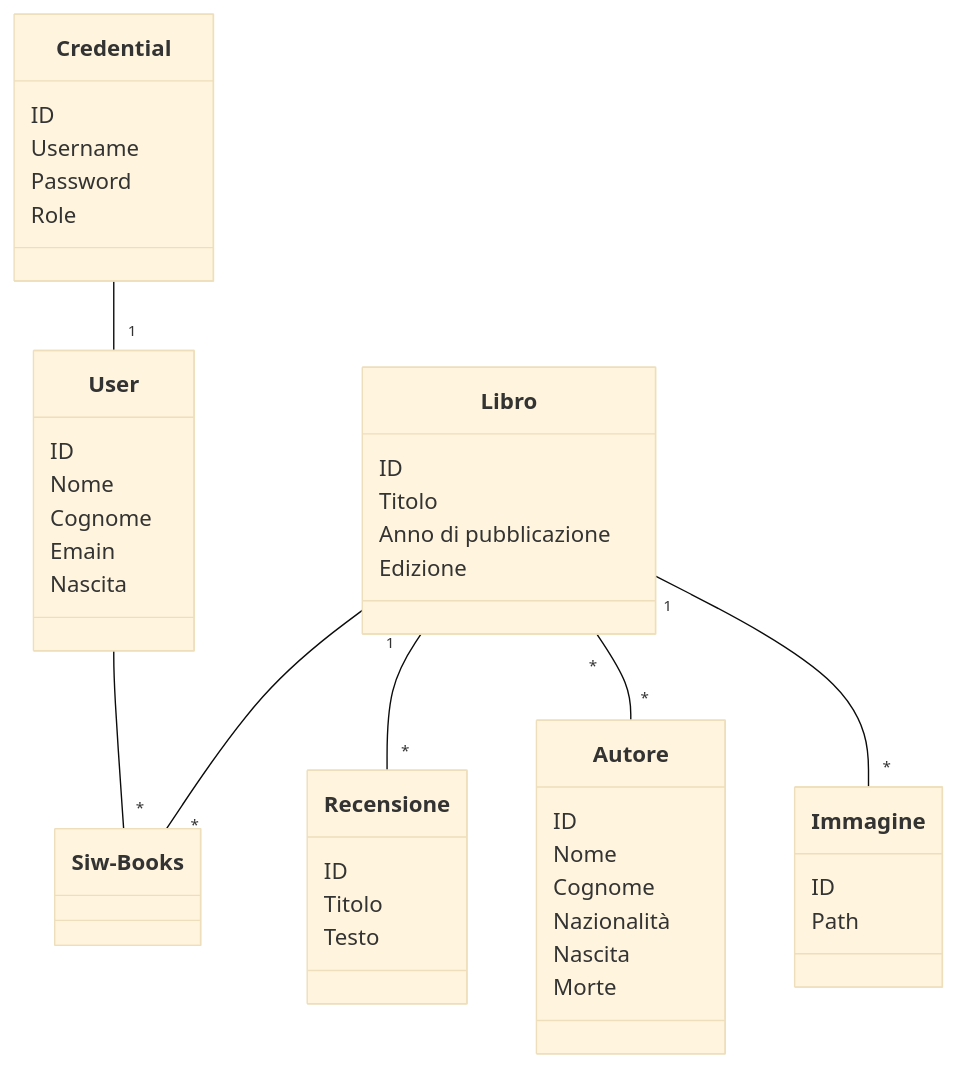
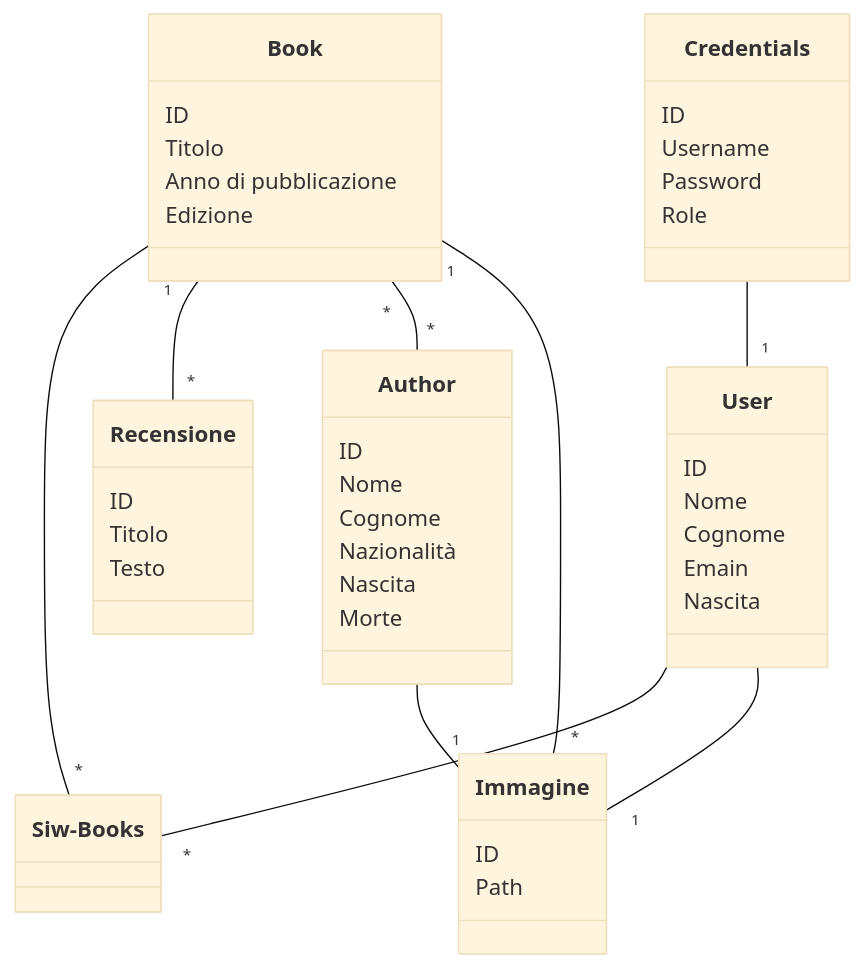
The diagram in README.md (Chiodoo/SIW_Books), drawn with Mermaid (base theme) before and after one commit.

Commit message:
Aggiornato README

````diff
--- a/README.md
+++ b/README.md
@@ -11,58 +11,61 @@
 ```mermaid
 classDiagram
 
   class Siw-Books {
 
   }
   
-  class Libro {
+  class Book {
     ID
     Titolo
     Anno di pubblicazione
     Edizione
   }
 
-  class Autore {
+  class Author {
     ID
     Nome
     Cognome
     Nazionalità
     Nascita
     Morte
   }
 
   class Recensione {
     ID
     Titolo
     Testo
   }
 
   class Immagine {
     ID
     Path
   }
 
   class User {
     ID
     Nome
     Cognome
     Emain
     Nascita
   }
 
-  class Credential {
+  class Credentials {
     ID
     Username
     Password
     Role
   }
 
-  Credential  -- "1" User
+  Credentials  -- "1" User
   User -- "*" Siw-Books
-  Libro -- "*" Siw-Books
-  Libro "1" -- "*" Recensione
-  Libro "*" -- "*" Autore
-  Libro "1" -- "*" Immagine
+  Book -- "*" Siw-Books
+  Book "1" -- "*" Recensione
+  Book "*" -- "*" Author
+  Book "1" -- "*" Immagine
+  User -- "1" Immagine
+  Author -- "1" Immagine
+  
 
 
 ```
````
